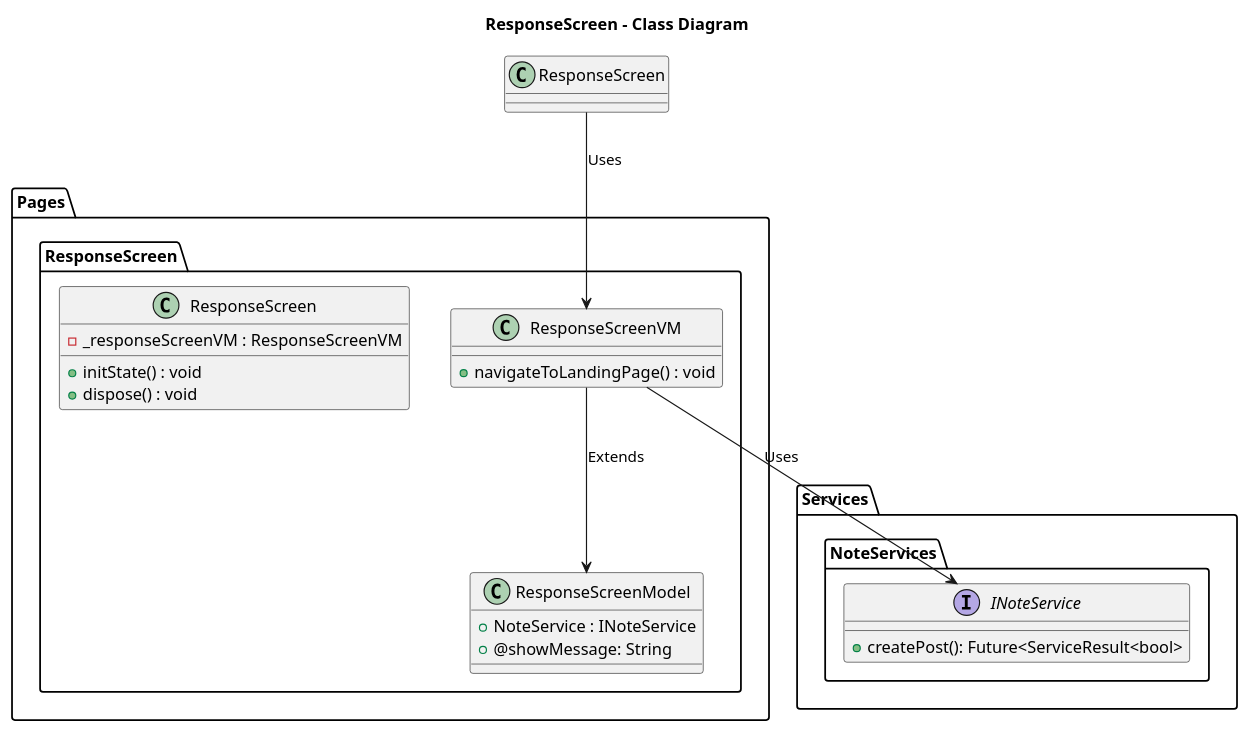
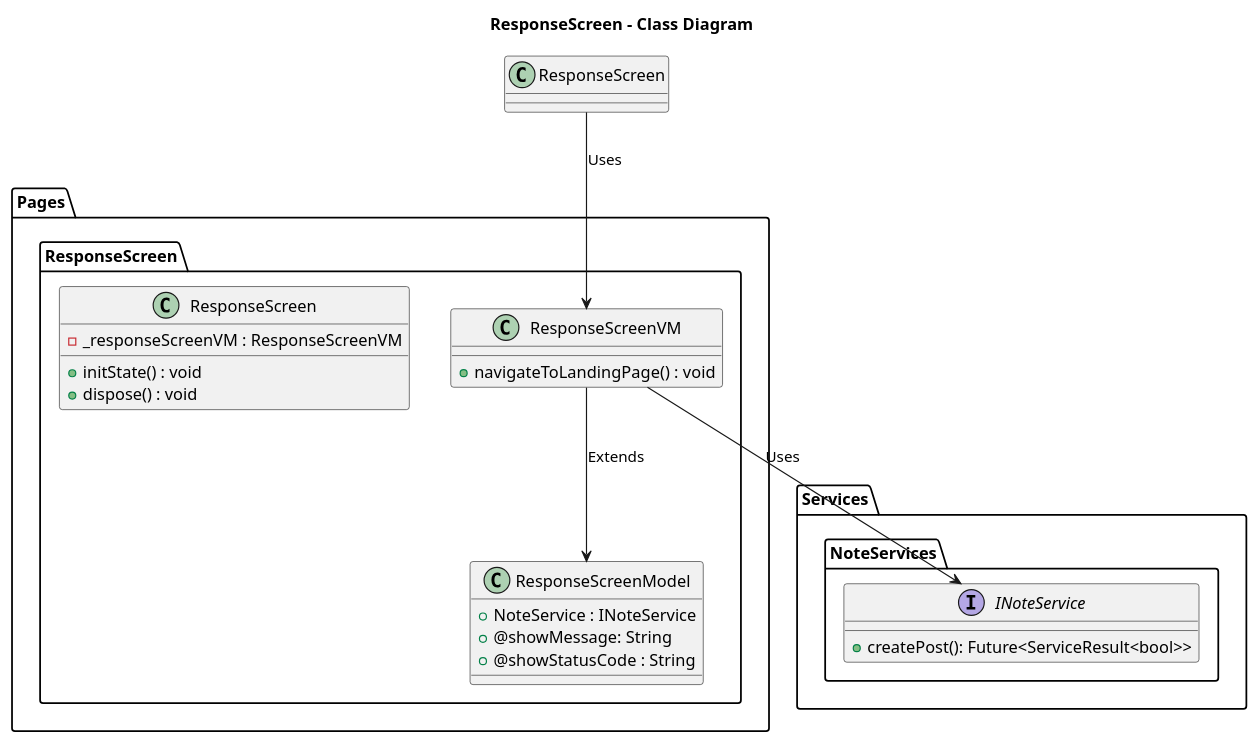
The diagram in lib/Pages/ResponseScreen/Design/ResponseScreen-Class.puml (ThirumuruganArumugam/social_media), drawn with PlantUML before and after one commit. The commit also changed 1 other file, not shown here.

Commit message:
updated class diagram

```diff
--- a/lib/Pages/ResponseScreen/Design/ResponseScreen-Class.puml
+++ b/lib/Pages/ResponseScreen/Design/ResponseScreen-Class.puml
@@ -1,33 +1,34 @@
 @startuml ResponseScreen - Class
 
 title ResponseScreen - Class Diagram
 
 package Pages{
     package ResponseScreen{
         class ResponseScreenModel{
             + NoteService : INoteService
             + @showMessage: String
+            + @showStatusCode : String
         }
         class ResponseScreenVM{
             + navigateToLandingPage() : void
         }
         class ResponseScreen{
             - _responseScreenVM : ResponseScreenVM
             + initState() : void
             + dispose() : void
         }
     }
 }
 
 package Services{
     package NoteServices{
         interface INoteService{
-            + createPost(): Future<ServiceResult<bool>
+            + createPost(): Future<ServiceResult<bool>>
         }
     }
 }
 
 ResponseScreen --> ResponseScreenVM : Uses
 ResponseScreenVM --> ResponseScreenModel : Extends
 ResponseScreenVM --> INoteService : Uses
 @enduml
```
